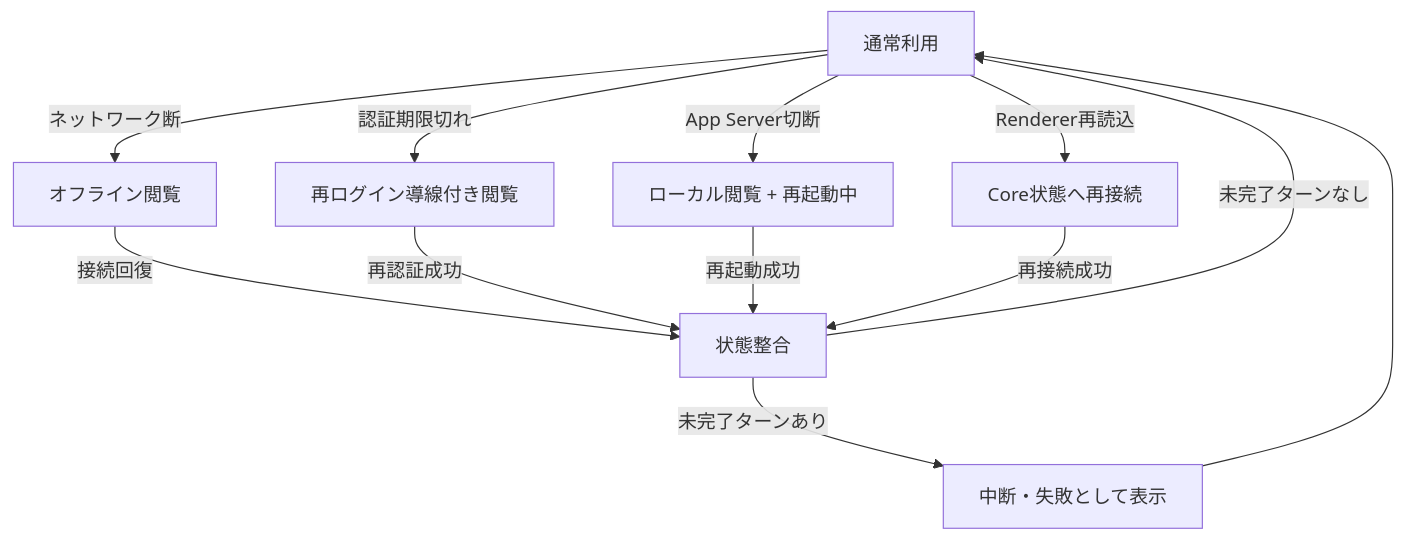
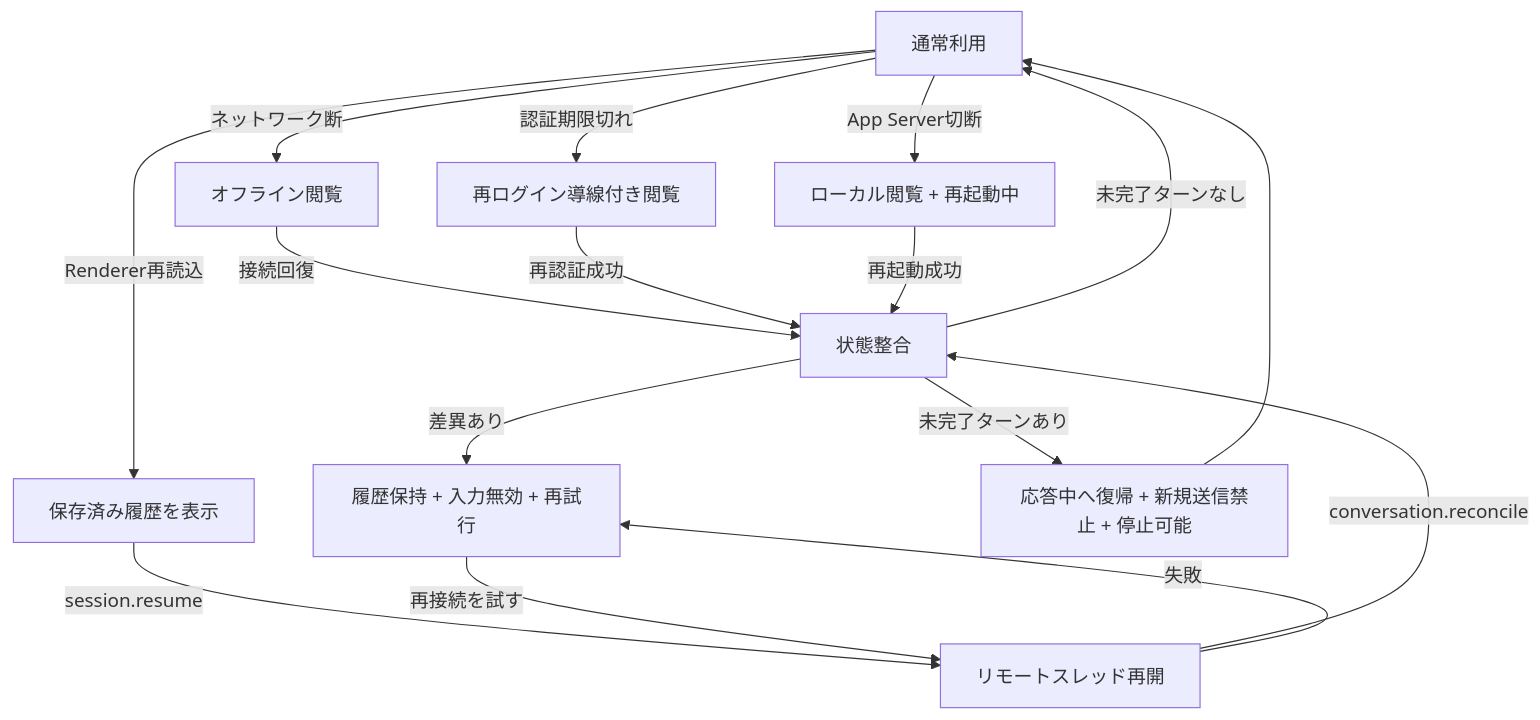
One commit to hawkymisc/LearnStepper changed the fifth of 5 diagrams in docs/SCREEN_FLOW_DESIGN.md. Above: the diagram before and after it, drawn with Mermaid. The commit also changed other lines of this file and 146 other files, not shown here.

````diff
--- a/docs/SCREEN_FLOW_DESIGN.md
+++ b/docs/SCREEN_FLOW_DESIGN.md
@@ -254,15 +273,19 @@
 ```mermaid
 flowchart TD
   A[通常利用] -->|ネットワーク断| B[オフライン閲覧]
   A -->|認証期限切れ| C[再ログイン導線付き閲覧]
   A -->|App Server切断| D[ローカル閲覧 + 再起動中]
-  A -->|Renderer再読込| E[Core状態へ再接続]
+  A -->|Renderer再読込| E[保存済み履歴を表示]
 
   B -->|接続回復| F[状態整合]
   C -->|再認証成功| F
   D -->|再起動成功| F
-  E -->|再接続成功| F
+  E -->|session.resume| H[リモートスレッド再開]
+  H -->|conversation.reconcile| F
+  H -->|失敗| I[履歴保持 + 入力無効 + 再試行]
+  F -->|差異あり| I
   F -->|未完了ターンなし| A
-  F -->|未完了ターンあり| G[中断・失敗として表示]
+  F -->|未完了ターンあり| G[応答中へ復帰 + 新規送信禁止 + 停止可能]
   G --> A
+  I -->|再接続を試す| H
 ```
````
